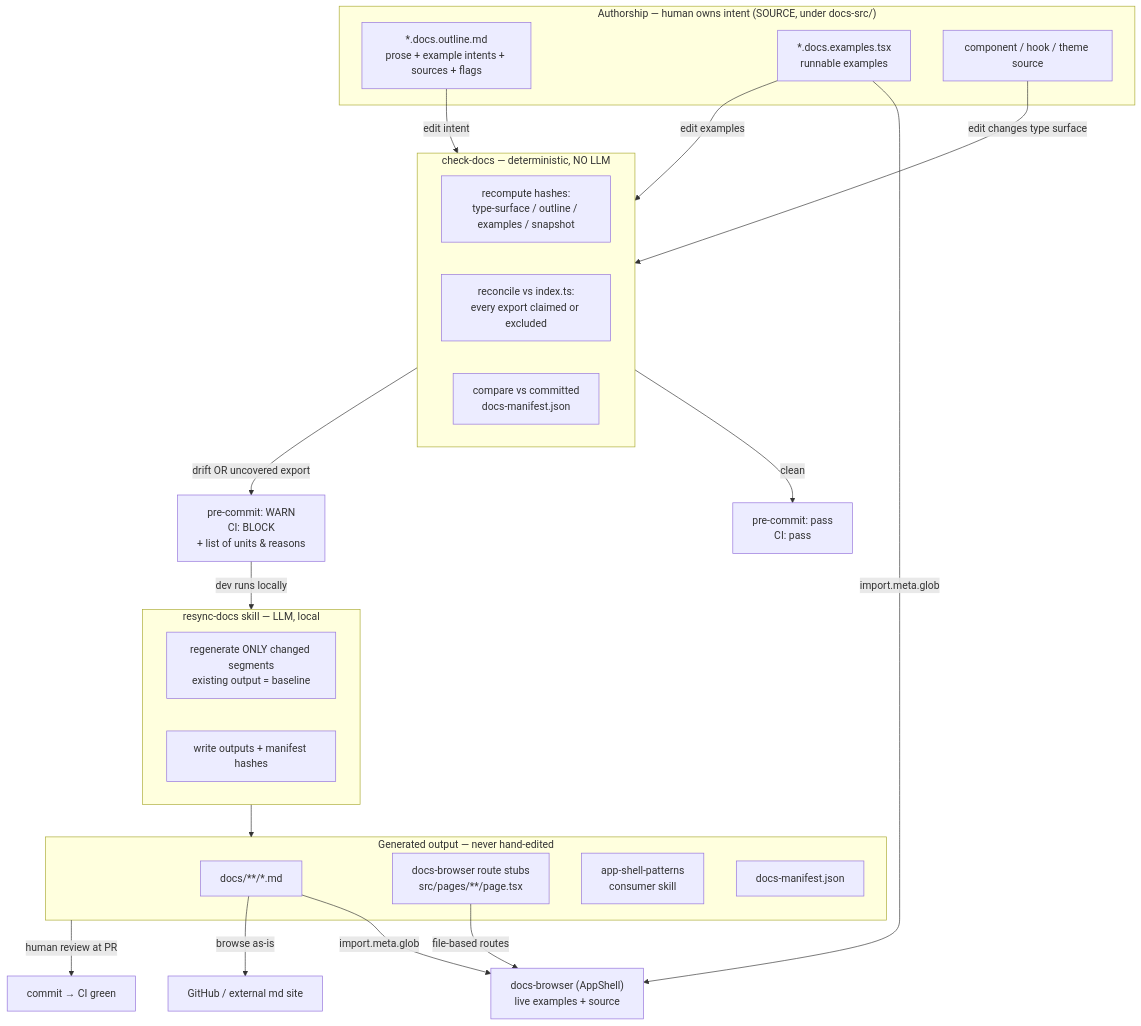
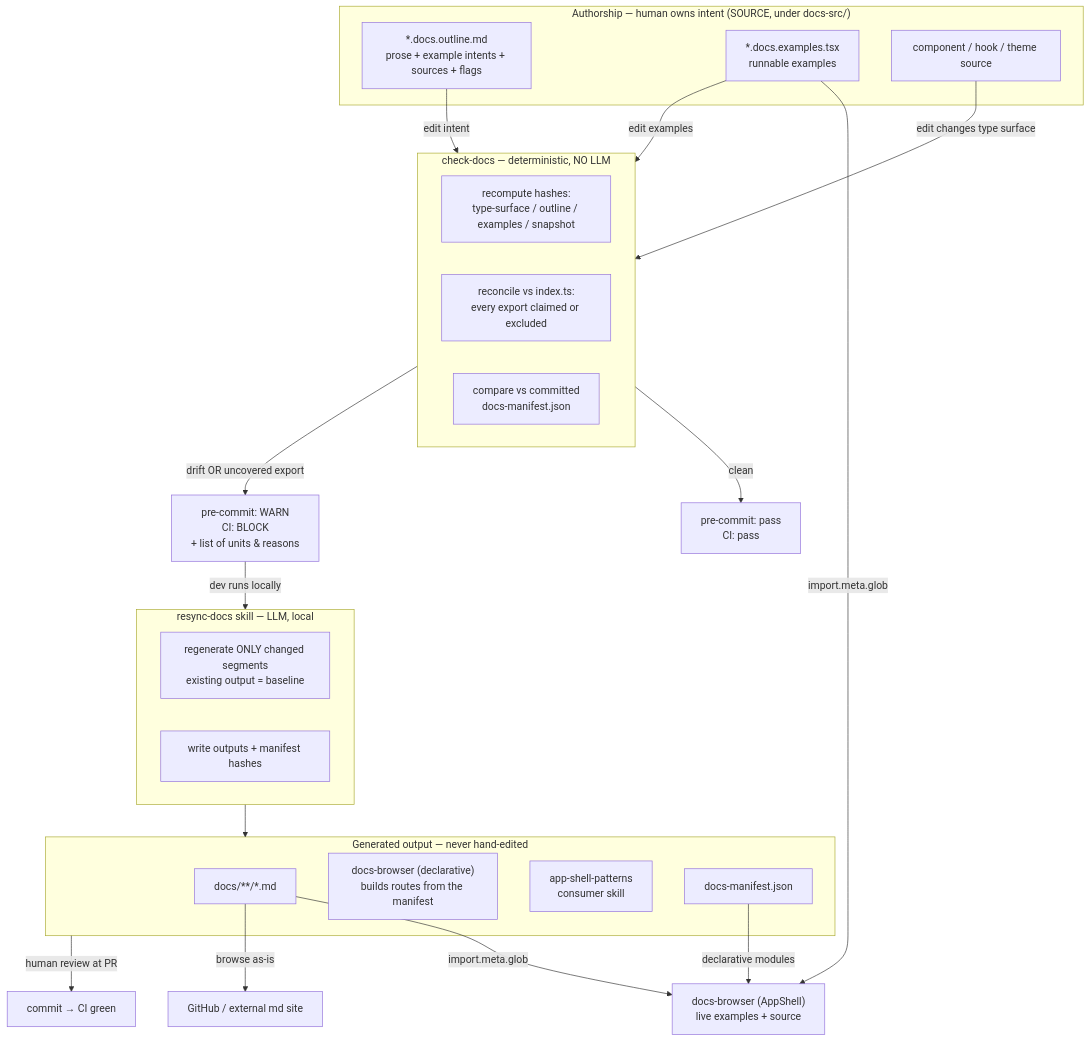
The diagram in decisions/documentation-management-overhaul.md (tailor-platform/app-shell), drawn with Mermaid before and after one commit. The commit also changed other lines of this file and 93 other files, not shown here.

First line of the commit message:
refactor(docs-browser): declarative routing from the manifest; drop generated route stubs

````diff
--- a/decisions/documentation-management-overhaul.md
+++ b/decisions/documentation-management-overhaul.md
@@ -106,43 +106,43 @@
 ```mermaid
 flowchart TB
     subgraph AUTHOR["Authorship — human owns intent (SOURCE, under docs-src/)"]
         OUT["*.docs.outline.md<br/>prose + example intents + sources + flags"]
         EXA["*.docs.examples.tsx<br/>runnable examples"]
         SRC["component / hook / theme source"]
     end
 
     OUT -->|edit intent| GATE
     EXA -->|edit examples| GATE
     SRC -->|edit changes type surface| GATE
 
     subgraph GATE["check-docs — deterministic, NO LLM"]
         H["recompute hashes:<br/>type-surface / outline / examples / snapshot"]
         R["reconcile vs index.ts:<br/>every export claimed or excluded"]
         M["compare vs committed<br/>docs-manifest.json"]
     end
 
     GATE -->|clean| PASS["pre-commit: pass<br/>CI: pass"]
     GATE -->|drift OR uncovered export| FAIL["pre-commit: WARN<br/>CI: BLOCK<br/>+ list of units & reasons"]
 
     FAIL -->|dev runs locally| SKILL
 
     subgraph SKILL["resync-docs skill — LLM, local"]
         RG["regenerate ONLY changed segments<br/>existing output = baseline"]
         WR["write outputs + manifest hashes"]
     end
 
     SKILL --> OUTPUT
 
     subgraph OUTPUT["Generated output — never hand-edited"]
         MD["docs/**/*.md"]
-        STUB["docs-browser route stubs<br/>src/pages/**/page.tsx"]
+        MANCONSUMER["docs-browser (declarative)<br/>builds routes from the manifest"]
         PS["app-shell-patterns<br/>consumer skill"]
         MAN["docs-manifest.json"]
     end
 
     OUTPUT -->|human review at PR| COMMIT["commit → CI green"]
     MD -->|import.meta.glob| APP["docs-browser (AppShell)<br/>live examples + source"]
     EXA -->|import.meta.glob| APP
-    STUB -->|file-based routes| APP
+    MAN -->|declarative modules| APP
     MD -->|browse as-is| GH["GitHub / external md site"]
 ```
````
